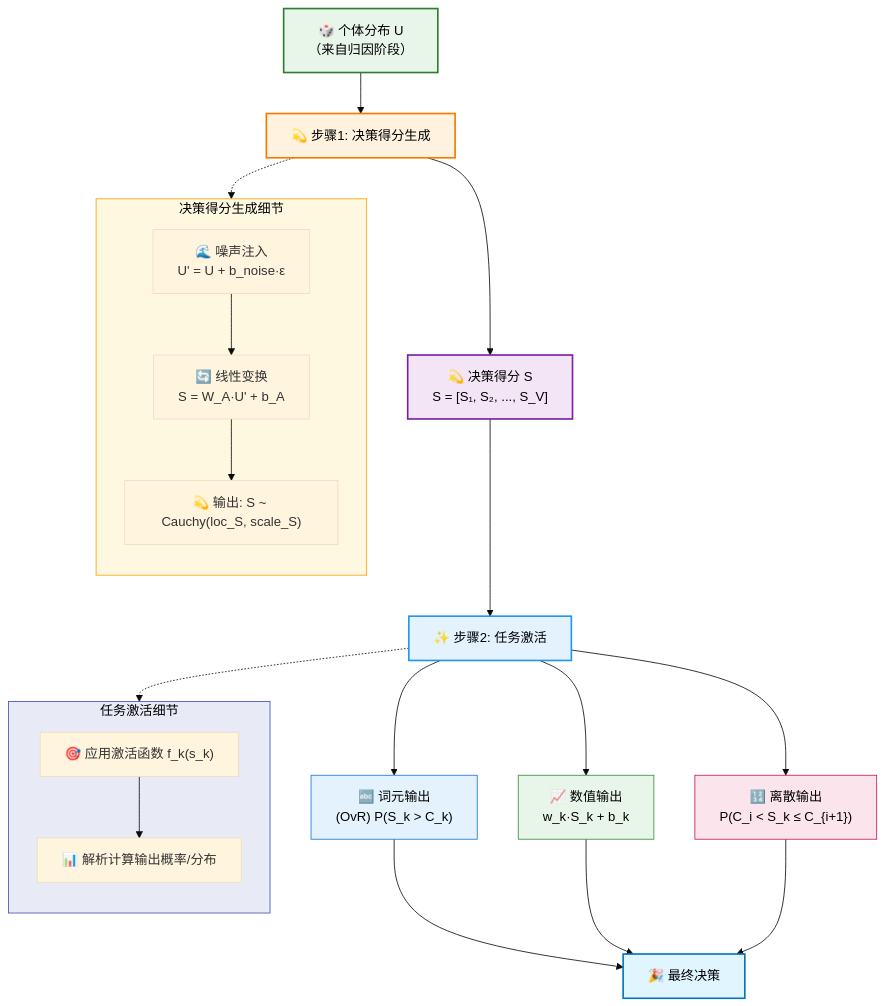
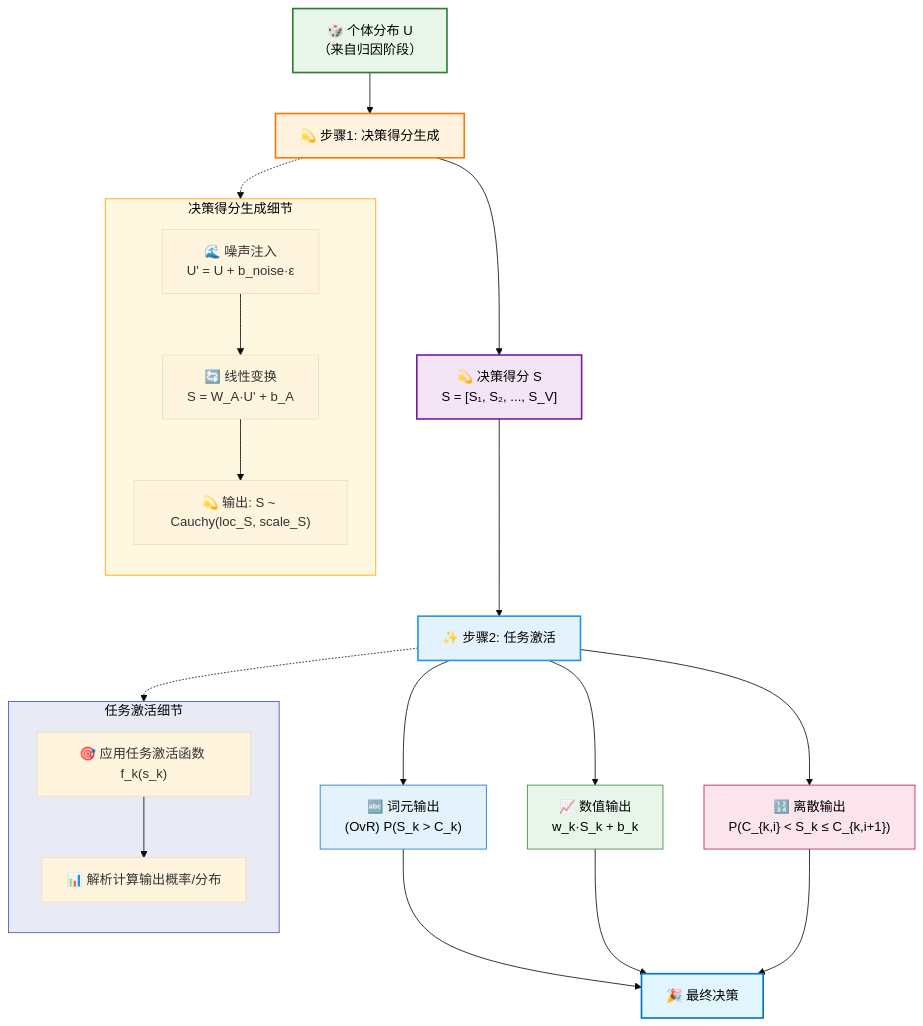
Before and after one commit to 1587causalai/CausalQwen: the third of 9 diagrams in causal_engine/MATHEMATICAL_FOUNDATIONS_CN.md, drawn with Mermaid (base theme). The commit also changed other lines of this file, not shown here.

````diff
--- a/causal_engine/MATHEMATICAL_FOUNDATIONS_CN.md
+++ b/causal_engine/MATHEMATICAL_FOUNDATIONS_CN.md
@@ -123,53 +123,53 @@
 ```mermaid
 graph TB
     %% 行动阶段内部结构
     
     U2["🎲 个体分布 U<br/>（来自归因阶段）"]
     
     U2 --> Step1["💫 步骤1: 决策得分生成"]
     
     subgraph ScoreGen ["决策得分生成细节"]
         direction TB
         SG1["🌊 噪声注入<br/>U' = U + b_noise·ε"]
         SG2["🔄 线性变换<br/>S = W_A·U' + b_A"]
         SG3["💫 输出: S ~ Cauchy(loc_S, scale_S)"]
         SG1 --> SG2 --> SG3
     end
     
     Step1 -.-> ScoreGen
     
     Step1 --> S2["💫 决策得分 S<br/>S = [S₁, S₂, ..., S_V]"]
     
     S2 --> Step2["✨ 步骤2: 任务激活"]
     
     subgraph TaskAct ["任务激活细节"]
         direction TB
-        TA1["🎯 应用激活函数 f_k(s_k)"]
+        TA1["🎯 应用任务激活函数 f_k(s_k)"]
         TA2["📊 解析计算输出概率/分布"]
         TA1 --> TA2
     end
     
     Step2 -.-> TaskAct
     
     Step2 --> Token2["🔤 词元输出<br/>(OvR) P(S_k > C_k)"]
     Step2 --> Numeric2["📈 数值输出<br/>w_k·S_k + b_k"]
-    Step2 --> Discrete2["🔢 离散输出<br/>P(C_i < S_k ≤ C_{i+1})"]
+    Step2 --> Discrete2["🔢 离散输出<br/>P(C_{k,i} < S_k ≤ C_{k,i+1})"]
     
     Token2 --> Final["🎉 最终决策"]
     Numeric2 --> Final
     Discrete2 --> Final
     
     %% 样式
     style U2 fill:#e8f5e9,stroke:#2e7d32,stroke-width:2px,color:#000
     style Step1 fill:#fff3e0,stroke:#f57c00,stroke-width:2px,color:#000
     style Step2 fill:#e3f2fd,stroke:#2196f3,stroke-width:2px,color:#000
     style S2 fill:#f3e5f5,stroke:#7b1fa2,stroke-width:2px,color:#000
     style Final fill:#e1f5fe,stroke:#0277bd,stroke-width:2px,color:#000
     
     style ScoreGen fill:#fff8e1,stroke:#ffa000,stroke-width:1px,color:#000
     style TaskAct fill:#e8eaf6,stroke:#3f51b5,stroke-width:1px,color:#000
     
     style Token2 fill:#e3f2fd,stroke:#1976d2,color:#000
     style Numeric2 fill:#e8f5e9,stroke:#388e3c,color:#000
     style Discrete2 fill:#fce4ec,stroke:#c2185b,color:#000
 ```
````
